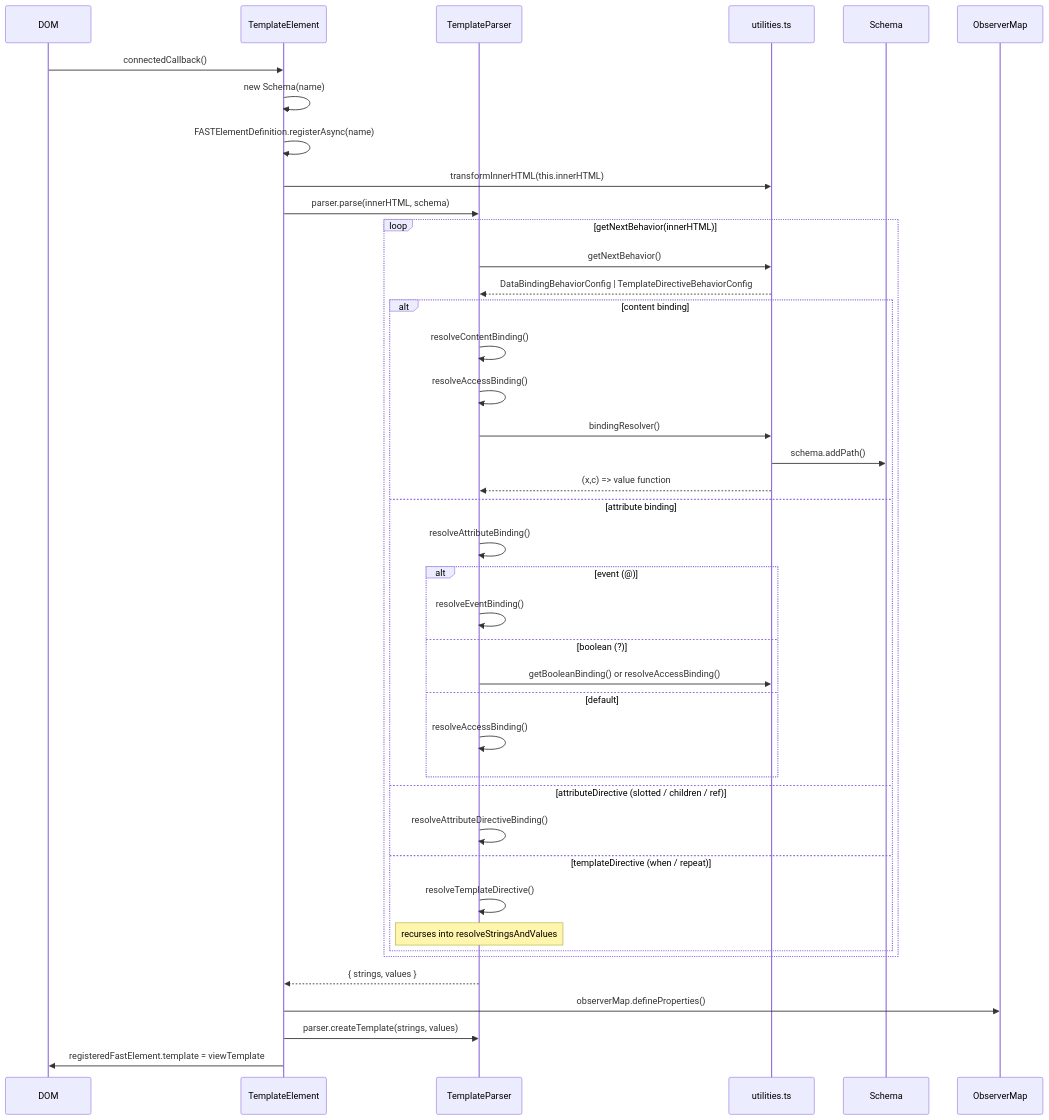
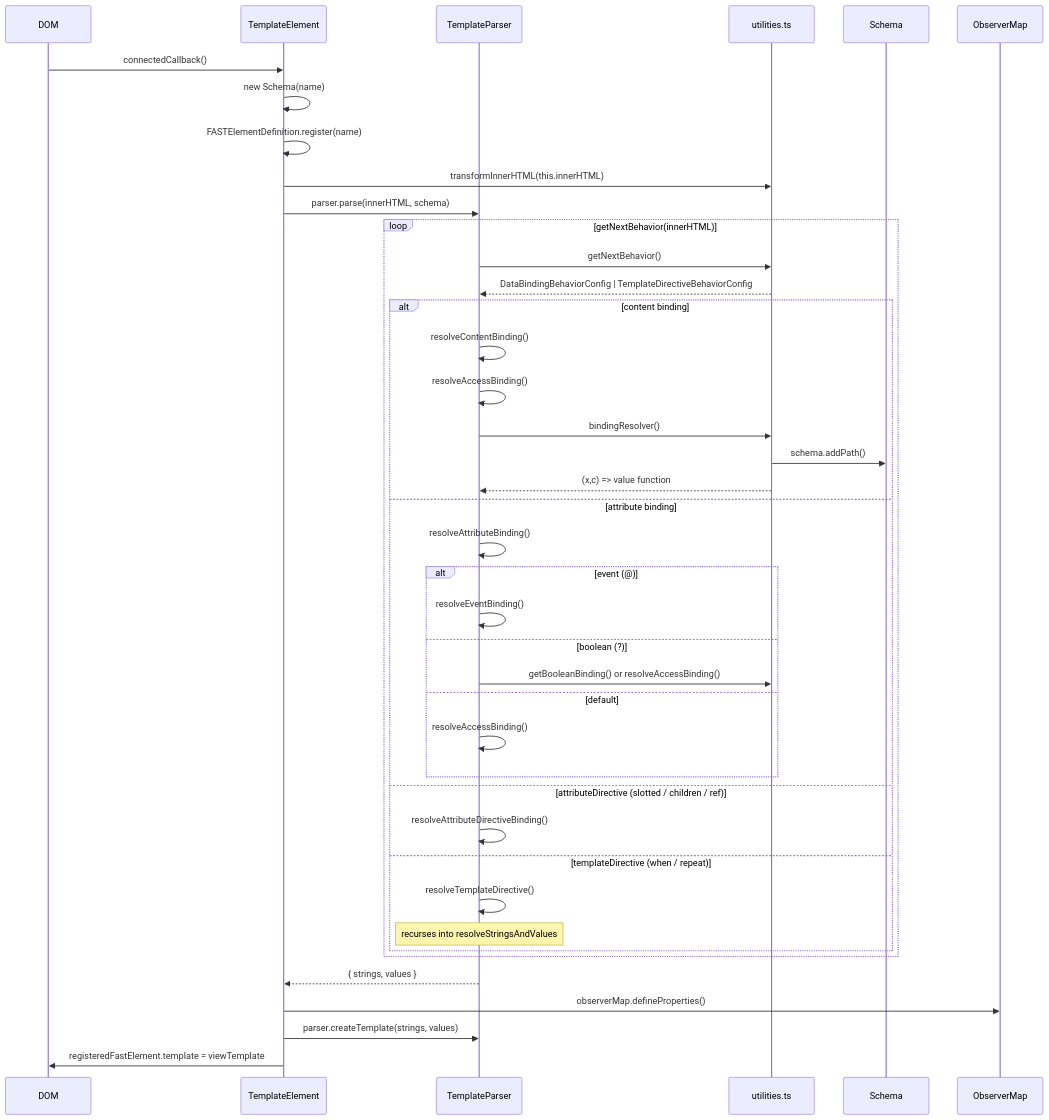
The second of 4 diagrams in packages/fast-html/DESIGN.md (microsoft/fast), drawn with Mermaid before and after one commit. The commit also changed other lines of this file and 61 other files, not shown here.

````diff
--- a/packages/fast-html/DESIGN.md
+++ b/packages/fast-html/DESIGN.md
@@ -299,44 +299,44 @@
 ```mermaid
 sequenceDiagram
     participant DOM
     participant TE as TemplateElement
     participant TP as TemplateParser
     participant U as utilities.ts
     participant S as Schema
     participant OM as ObserverMap
 
     DOM->>TE: connectedCallback()
     TE->>TE: new Schema(name)
-    TE->>TE: FASTElementDefinition.registerAsync(name)
+    TE->>TE: FASTElementDefinition.register(name)
     TE->>U: transformInnerHTML(this.innerHTML)
     TE->>TP: parser.parse(innerHTML, schema)
     loop getNextBehavior(innerHTML)
         TP->>U: getNextBehavior()
         U-->>TP: DataBindingBehaviorConfig | TemplateDirectiveBehaviorConfig
         alt content binding
             TP->>TP: resolveContentBinding()
             TP->>TP: resolveAccessBinding()
             TP->>U: bindingResolver()
             U->>S: schema.addPath()
             U-->>TP: (x,c) => value function
         else attribute binding
             TP->>TP: resolveAttributeBinding()
             alt event (@)
                 TP->>TP: resolveEventBinding()
             else boolean (?)
                 TP->>U: getBooleanBinding() or resolveAccessBinding()
             else default
                 TP->>TP: resolveAccessBinding()
             end
         else attributeDirective (slotted / children / ref)
             TP->>TP: resolveAttributeDirectiveBinding()
         else templateDirective (when / repeat)
             TP->>TP: resolveTemplateDirective()
             note over TP: recurses into resolveStringsAndValues
         end
     end
     TP-->>TE: { strings, values }
     TE->>OM: observerMap.defineProperties()
     TE->>TP: parser.createTemplate(strings, values)
     TE->>DOM: registeredFastElement.template = viewTemplate
 ```
````
